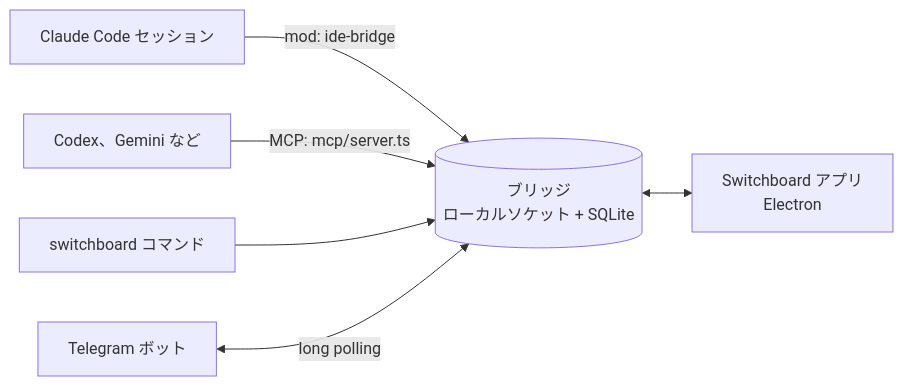
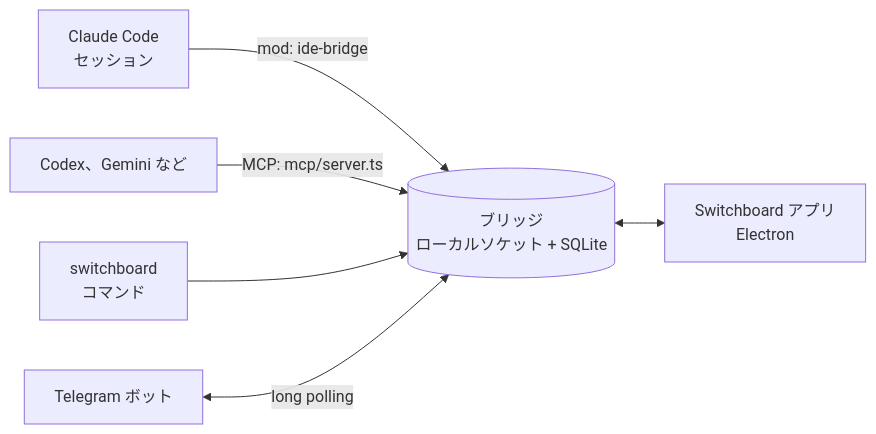
One commit to choco5958/switchboard changed the diagram in README.ja.md. Above: the diagram before and after it, drawn with Mermaid. The commit also changed other lines of this file and 3 other files, not shown here.

````diff
--- a/README.ja.md
+++ b/README.ja.md
@@ -127,8 +127,8 @@
 ```mermaid
 flowchart LR
-  cc["Claude Code セッション"] -- "mod: ide-bridge" --> bridge
+  cc["Claude Code<br/>セッション"] -- "mod: ide-bridge" --> bridge
   cli["Codex、Gemini など"] -- "MCP: mcp/server.ts" --> bridge
-  cmd["switchboard コマンド"] --> bridge
+  cmd["switchboard<br/>コマンド"] --> bridge
   tg["Telegram ボット"] <-->|"long polling"| bridge
   bridge[("ブリッジ<br/>ローカルソケット + SQLite")] <--> app["Switchboard アプリ<br/>Electron"]
 ```
````
